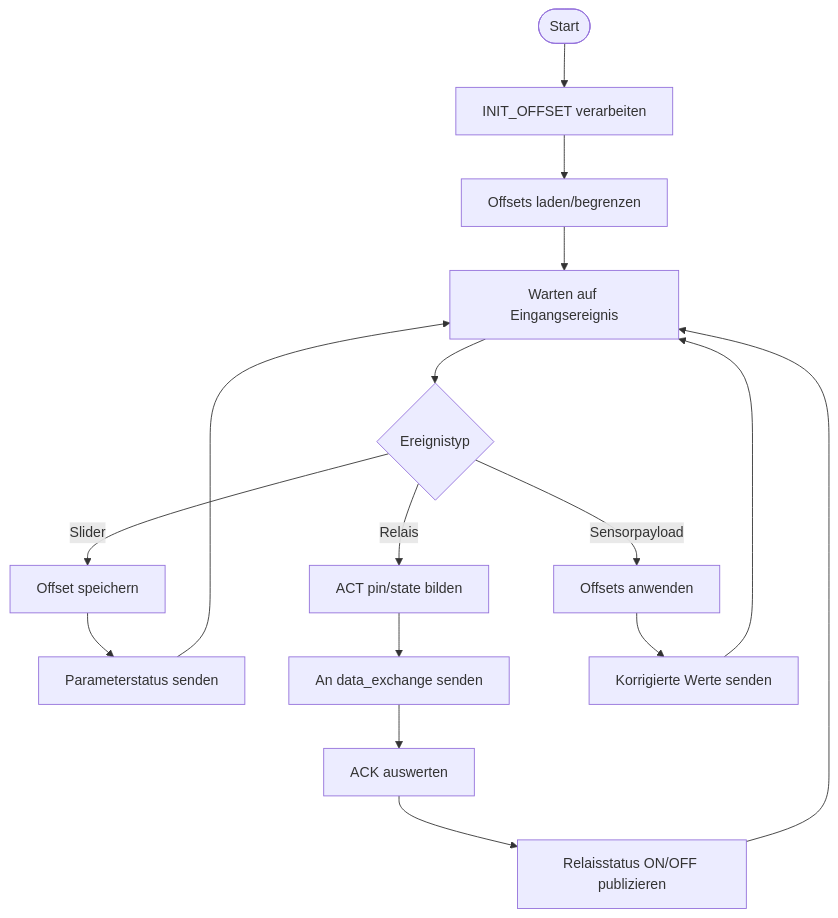
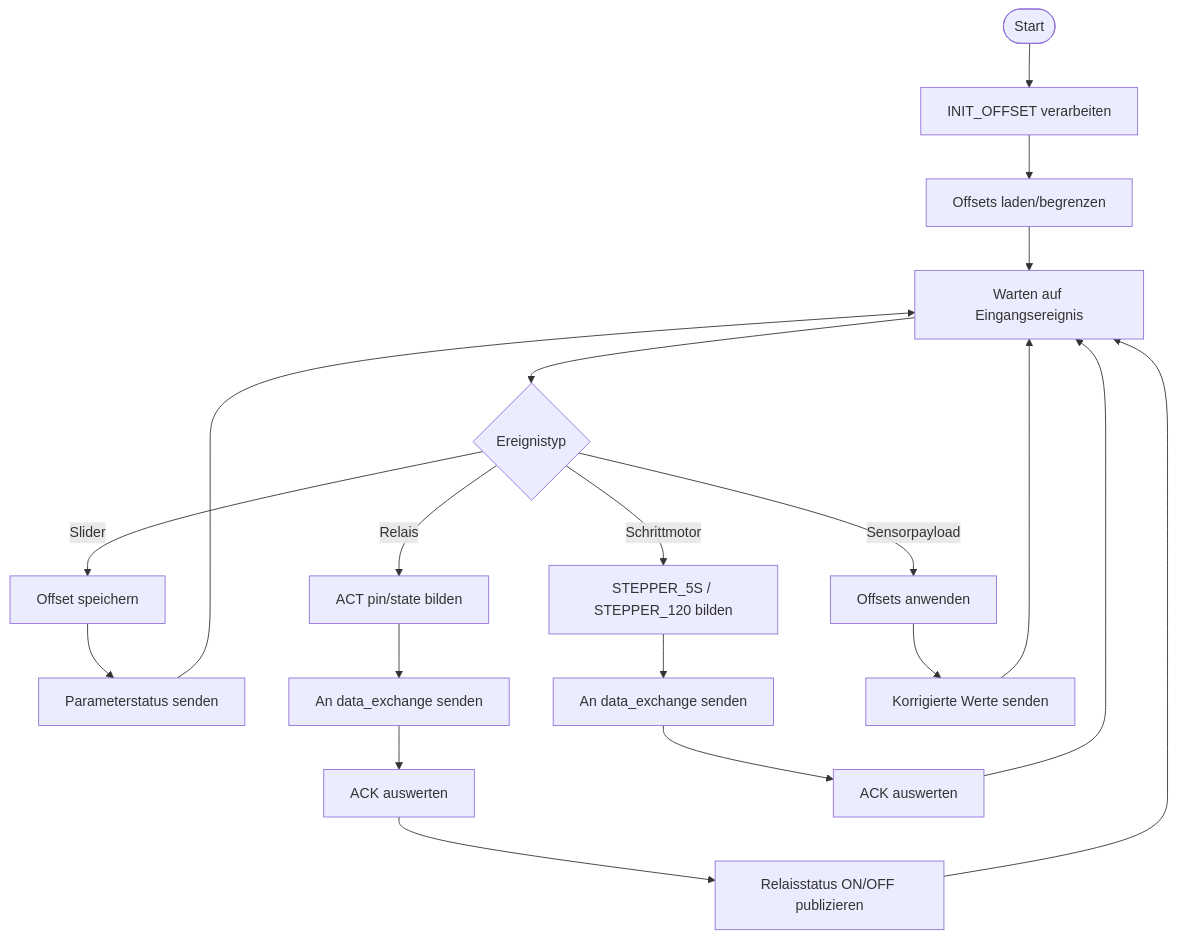
One commit to HerrnDK/Projekt changed the fourth of 21 diagrams in PROJEKT_ARCHITEKTUR_PLAN.md. Above: the diagram before and after it, drawn with Mermaid. The commit also changed other lines of this file and 13 other files, not shown here.

````diff
--- a/PROJEKT_ARCHITEKTUR_PLAN.md
+++ b/PROJEKT_ARCHITEKTUR_PLAN.md
@@ -67,21 +67,26 @@
 ```mermaid
 flowchart TD
   S([Start]) --> I0["INIT_OFFSET verarbeiten"]
   I0 --> I1["Offsets laden/begrenzen"]
   I1 --> W["Warten auf Eingangsereignis"]
 
   W --> T{"Ereignistyp"}
   T -- Slider --> O0["Offset speichern"]
   O0 --> O1["Parameterstatus senden"]
   O1 --> W
 
   T -- Relais --> R0["ACT pin/state bilden"]
   R0 --> R1["An data_exchange senden"]
   R1 --> R2["ACK auswerten"]
   R2 --> R3["Relaisstatus ON/OFF publizieren"]
   R3 --> W
 
+  T -- Schrittmotor --> M0["STEPPER_5S / STEPPER_120 bilden"]
+  M0 --> M1["An data_exchange senden"]
+  M1 --> M2["ACK auswerten"]
+  M2 --> W
+
   T -- Sensorpayload --> S0["Offsets anwenden"]
   S0 --> S1["Korrigierte Werte senden"]
   S1 --> W
 ```
````
